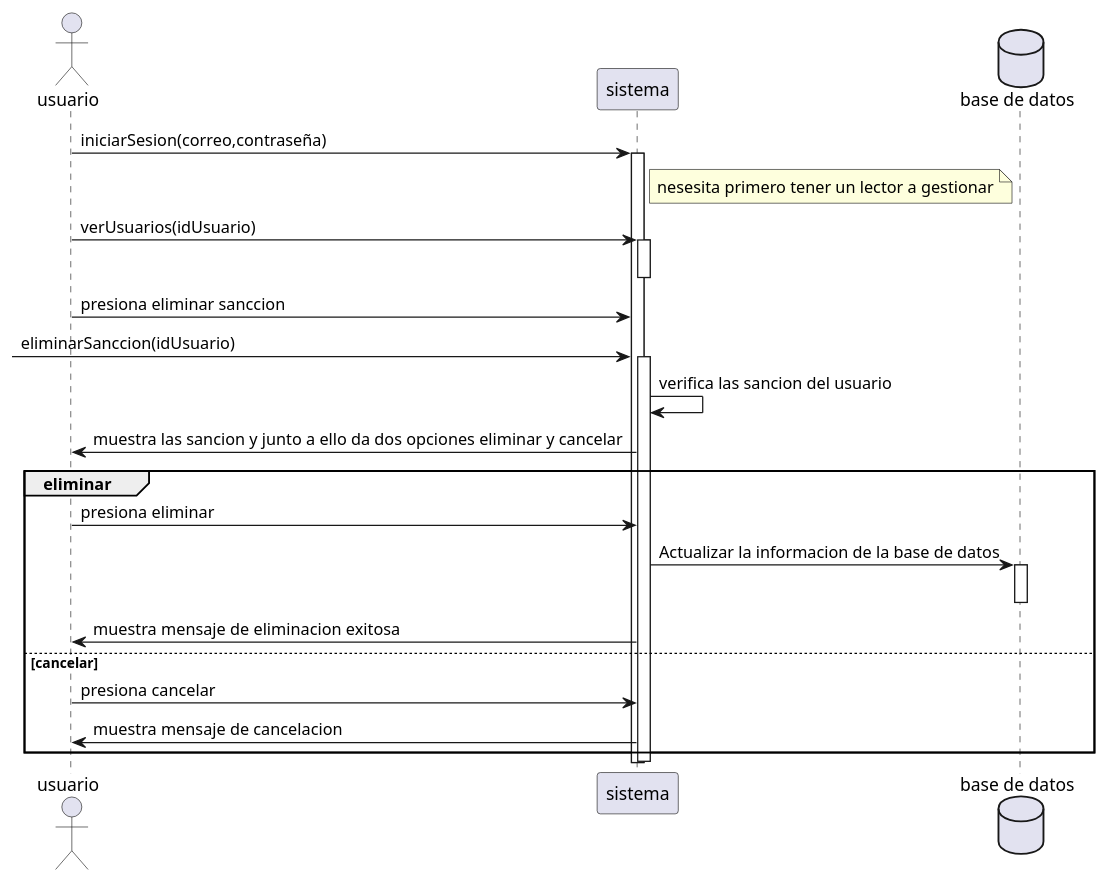
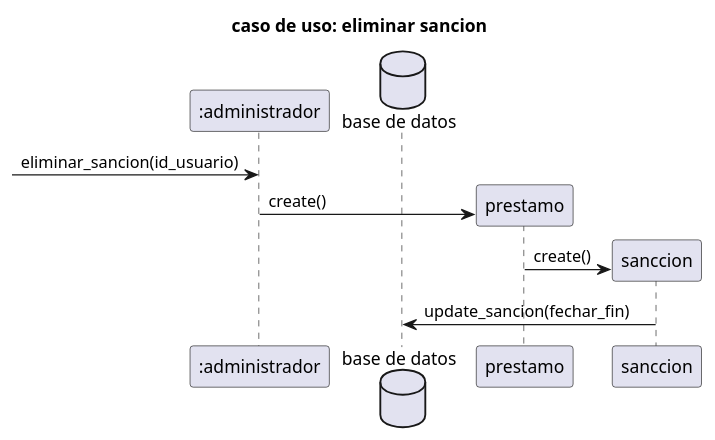
Before and after one commit to RubenE107/diagramas-de-dise-o-uml: the diagram in Interacion3/eliminarSancion.puml, drawn with PlantUML. The commit also changed other lines of this file and 1 other file, not shown here.

Commit message:
eliminar sancion

```diff
--- a/Interacion3/eliminarSancion.puml
+++ b/Interacion3/eliminarSancion.puml
@@ -1,36 +1,14 @@
 @startuml
+title caso de uso: eliminar sancion
+participant ":administrador" as u
+database "base de datos" as db
+
+-> u:eliminar_sancion(id_usuario)
+create "prestamo" as p
+u -> p:create()
+create "sanccion" as s
+p -> s:create()
+s-> db:update_sancion(fechar_fin)
 
 
-actor "usuario" as u
-participant "sistema" as s
-database "base de datos" as db
-
-u -> s:iniciarSesion(correo,contraseña)
-activate s
-note right of s
-    nesesita primero tener un lector a gestionar
-end note
-u -> s:verUsuarios(idUsuario)
-activate s
-deactivate  s
-
-u -> s:presiona eliminar sanccion
--> s:eliminarSanccion(idUsuario)
-activate s
-s -> s:verifica las sancion del usuario
-s -> u:muestra las sancion y junto a ello da dos opciones eliminar y cancelar
-group eliminar
-    u -> s:presiona eliminar
-    s -> db:Actualizar la informacion de la base de datos
-    activate db
-    deactivate db
-    s -> u:muestra mensaje de eliminacion exitosa
-else cancelar
-    u -> s:presiona cancelar
-    s -> u:muestra mensaje de cancelacion
-
-end
-
-
-deactivate s
 @enduml
```
